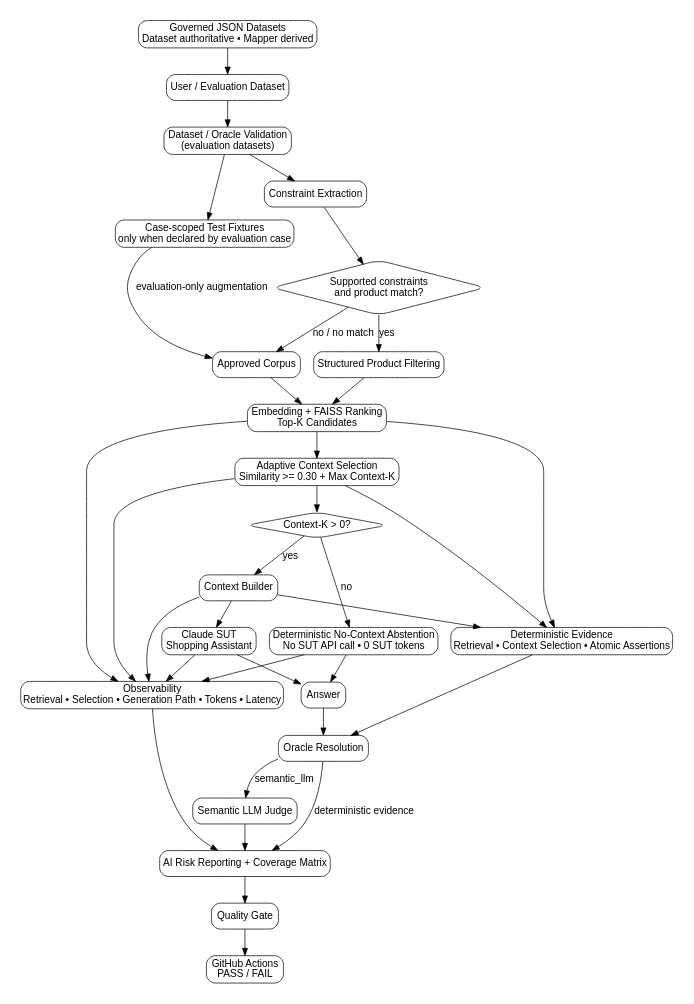
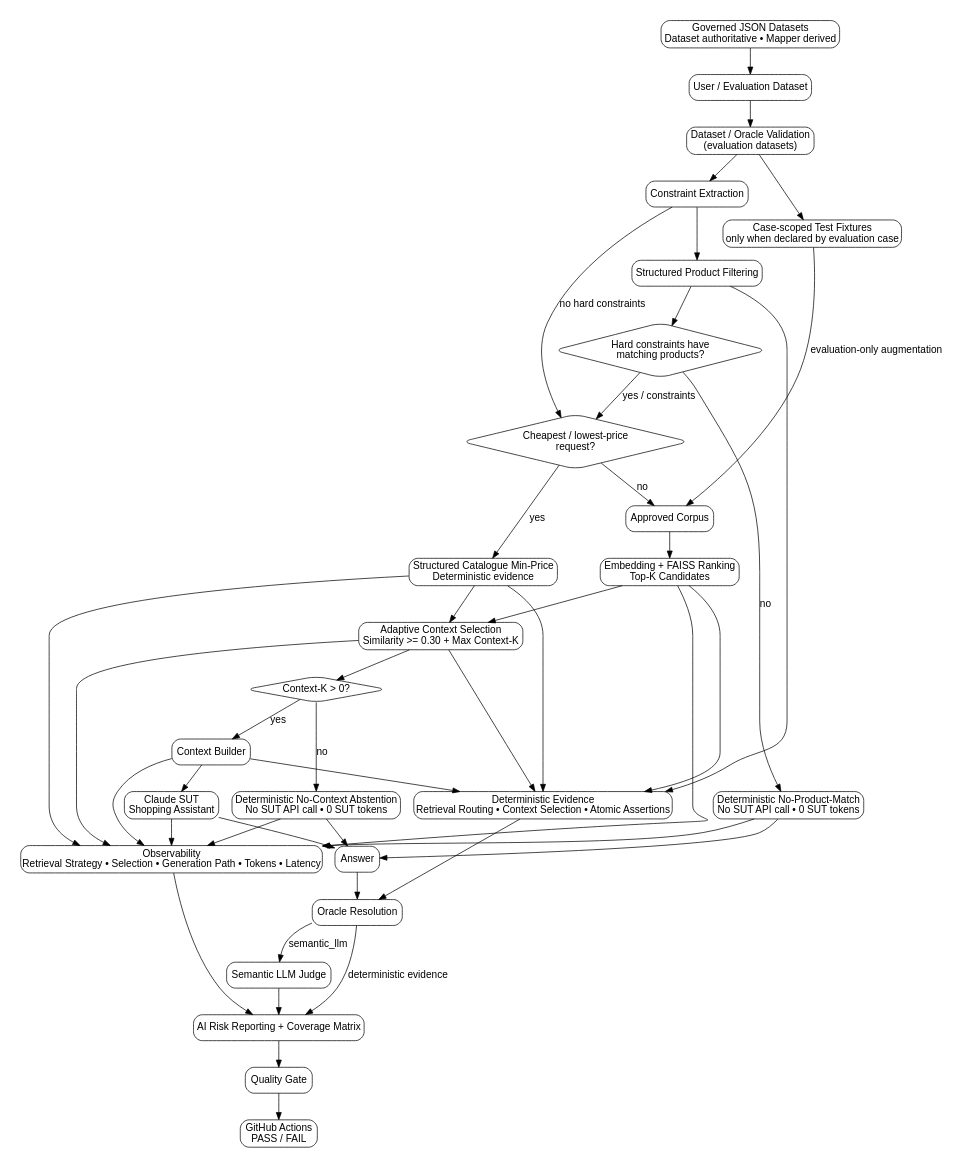
One commit to oleksandrserhieiev-beep/ai-qe-lab changed the diagram in docs/overall.dot. Above: the diagram before and after it, drawn with Graphviz.

Commit message:
Update overall architecture with deterministic retrieval branches

```diff
--- a/docs/overall.dot
+++ b/docs/overall.dot
@@ -1,61 +1,73 @@
 digraph G {
   rankdir=TB;
   graph [fontname="Arial", bgcolor="white", pad="0.3"];
   node [shape=box, style="rounded", fontname="Arial"];
   edge [fontname="Arial"];
 
   Dataset [label="User / Evaluation Dataset"];
   Validation [label="Dataset / Oracle Validation\n(evaluation datasets)"];
   Fixtures [label="Case-scoped Test Fixtures\nonly when declared by evaluation case"];
   Constraints [label="Constraint Extraction"];
-  Decision [label="Supported constraints\nand product match?", shape=diamond];
   Filter [label="Structured Product Filtering"];
+  Match [label="Hard constraints have\nmatching products?", shape=diamond];
+  NoMatch [label="Deterministic No-Product-Match\nNo SUT API call • 0 SUT tokens"];
+  Cheapest [label="Cheapest / lowest-price\nrequest?", shape=diamond];
+  MinPrice [label="Structured Catalogue Min-Price\nDeterministic evidence"];
   Corpus [label="Approved Corpus"];
   Retrieval [label="Embedding + FAISS Ranking\nTop-K Candidates"];
   ContextK [label="Adaptive Context Selection\nSimilarity >= 0.30 + Max Context-K"];
   HasContext [label="Context-K > 0?", shape=diamond];
   Context [label="Context Builder"];
   SUT [label="Claude SUT\nShopping Assistant"];
   Abstain [label="Deterministic No-Context Abstention\nNo SUT API call • 0 SUT tokens"];
   Answer [label="Answer"];
 
-  Py [label="Deterministic Evidence\nRetrieval • Context Selection • Atomic Assertions"];
+  Py [label="Deterministic Evidence\nRetrieval Routing • Context Selection • Atomic Assertions"];
   Oracle [label="Oracle Resolution"];
   Judge [label="Semantic LLM Judge"];
   Risk [label="AI Risk Reporting + Coverage Matrix"];
   Gate [label="Quality Gate"];
   CI [label="GitHub Actions\nPASS / FAIL"];
-  Telemetry [label="Observability\nRetrieval • Selection • Generation Path • Tokens • Latency"];
+  Telemetry [label="Observability\nRetrieval Strategy • Selection • Generation Path • Tokens • Latency"];
   Governance [label="Governed JSON Datasets\nDataset authoritative • Mapper derived"];
 
-  Dataset -> Validation -> Constraints -> Decision;
+  Dataset -> Validation -> Constraints -> Filter;
   Validation -> Fixtures;
-  Decision -> Filter [label="yes"];
-  Decision -> Corpus [label="no / no match"];
   Fixtures -> Corpus [label="evaluation-only augmentation"];
-  Filter -> Retrieval;
-  Corpus -> Retrieval;
-  Retrieval -> ContextK -> HasContext;
+  Filter -> Match;
+  Match -> NoMatch [label="no"];
+  NoMatch -> Answer;
+  Match -> Cheapest [label="yes / constraints"];
+  Constraints -> Cheapest [label="no hard constraints"];
+  Cheapest -> MinPrice [label="yes"];
+  Cheapest -> Corpus [label="no"];
+  MinPrice -> ContextK;
+  Corpus -> Retrieval -> ContextK;
+  ContextK -> HasContext;
   HasContext -> Context [label="yes"];
   Context -> SUT -> Answer;
   HasContext -> Abstain [label="no"];
   Abstain -> Answer;
 
+  Filter -> Py;
+  MinPrice -> Py;
   Retrieval -> Py;
   ContextK -> Py;
   Context -> Py;
   Answer -> Oracle;
   Py -> Oracle;
   Oracle -> Judge [label="semantic_llm"];
   Oracle -> Risk [label="deterministic evidence"];
   Judge -> Risk;
   Risk -> Gate -> CI;
 
+  NoMatch -> Telemetry;
+  MinPrice -> Telemetry;
   Retrieval -> Telemetry;
   ContextK -> Telemetry;
   Context -> Telemetry;
   SUT -> Telemetry;
   Abstain -> Telemetry;
   Telemetry -> Risk;
   Governance -> Dataset;
 }
```
